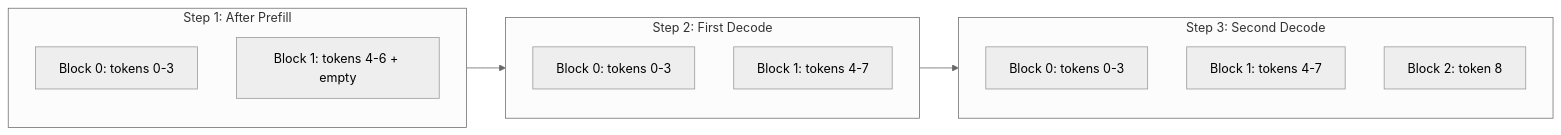
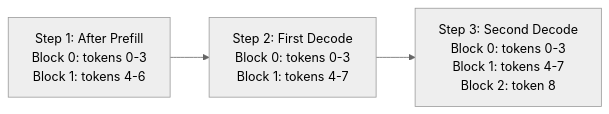
Before and after one commit to Shahriarin2garden/vllm_from_scratch: the fourth of 37 diagrams in lab0.2/README.md, drawn with Mermaid (neutral theme). The commit also changed other lines of this file, not shown here.

Commit message:
Refactor diagrams in README.md for improved clarity and consistency

````diff
--- a/lab0.2/README.md
+++ b/lab0.2/README.md
@@ -185,17 +171,5 @@
 ```mermaid
 graph LR
-    subgraph Step1["Step 1: After Prefill"]
-        B0_1["Block 0: tokens 0-3"]
-        B1_1["Block 1: tokens 4-6 + empty"] 
-    end
-    subgraph Step2["Step 2: First Decode"]
-        B0_2["Block 0: tokens 0-3"]
-        B1_2["Block 1: tokens 4-7"] 
-    end
-    subgraph Step3["Step 3: Second Decode"]
-        B0_3["Block 0: tokens 0-3"]
-        B1_3["Block 1: tokens 4-7"]
-        B2_3["Block 2: token 8"] 
-    end    
-    Step1 --> Step2 --> Step3
+    A1["Step 1: After Prefill<br/>Block 0: tokens 0-3<br/>Block 1: tokens 4-6"] --> A2["Step 2: First Decode<br/>Block 0: tokens 0-3<br/>Block 1: tokens 4-7"]
+    A2 --> A3["Step 3: Second Decode<br/>Block 0: tokens 0-3<br/>Block 1: tokens 4-7<br/>Block 2: token 8"]
 ```
````
